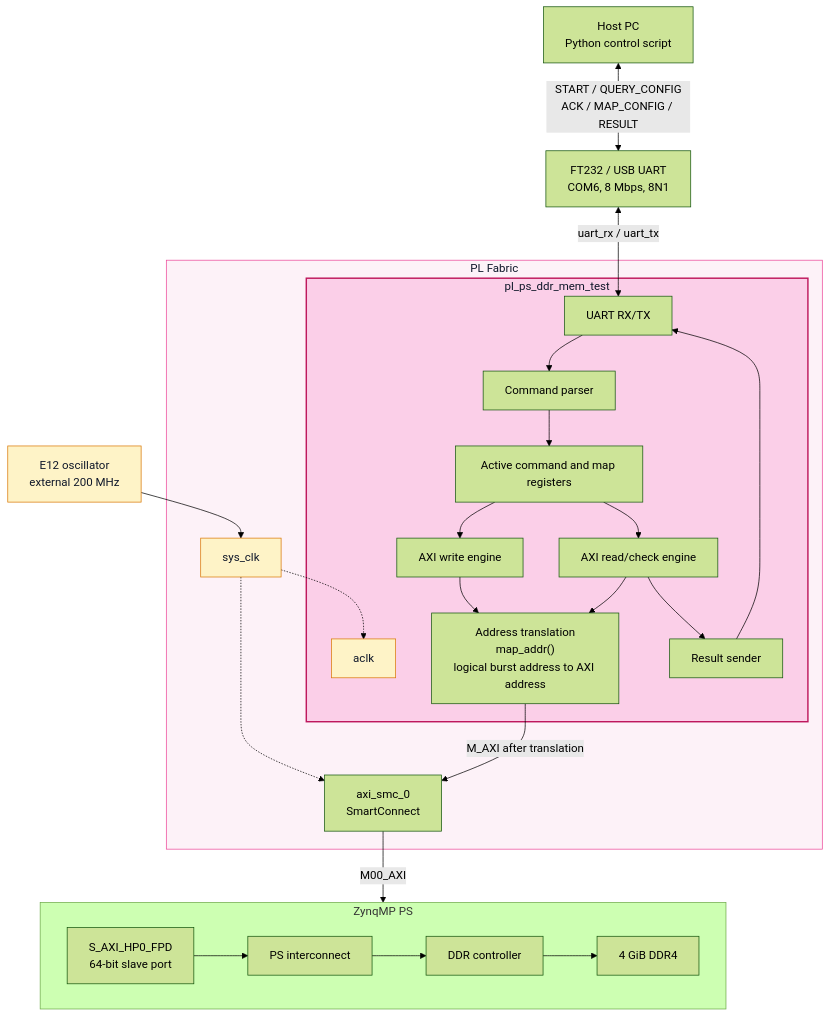
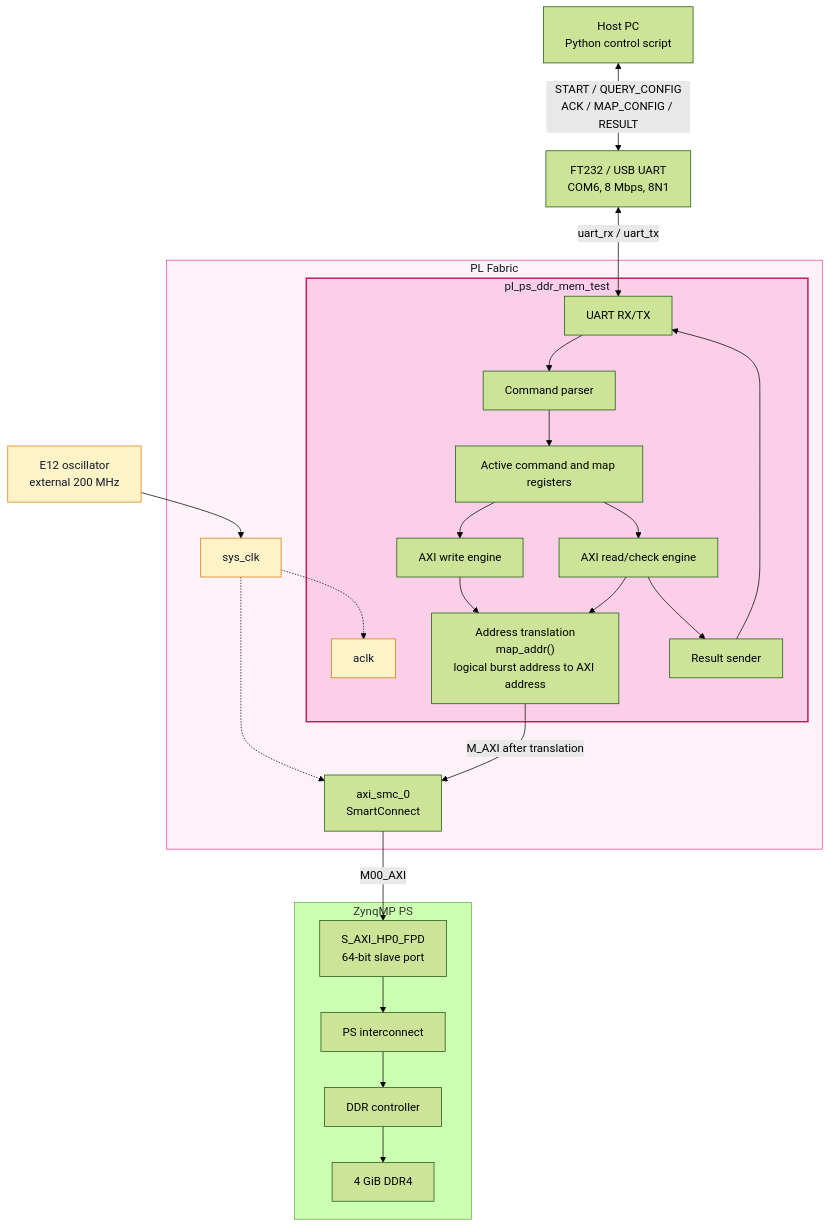
One commit to RESBI/ZU4EV-PL-to-PS-DDR-TEST changed the second of 9 diagrams in README.md. Above: the diagram before and after it, drawn with Mermaid (forest theme).

````diff
--- a/README.md
+++ b/README.md
@@ -333,56 +333,55 @@
 ```mermaid
 flowchart TB
     Host["Host PC<br/>Python control script"]
     Usb["FT232 / USB UART<br/>COM6, 8 Mbps, 8N1"]
     Clk["E12 oscillator<br/>external 200 MHz"]
 
     Host <-->|START / QUERY_CONFIG<br/>ACK / MAP_CONFIG / RESULT| Usb
     Clk --> SysClk
 
     subgraph PL["PL Fabric"]
         SysClk["sys_clk"]
 
         subgraph Tester["pl_ps_ddr_mem_test"]
             Aclk["aclk"]
             Uart["UART RX/TX"]
             Parser["Command parser"]
             Active["Active command and map registers"]
             Write["AXI write engine"]
             Read["AXI read/check engine"]
             Map["Address translation<br/>map_addr()<br/>logical burst address to AXI address"]
             Result["Result sender"]
 
             Uart --> Parser
             Parser --> Active
             Active --> Write
             Write --> Map
             Active --> Read
             Read --> Map
             Read --> Result
             Result --> Uart
         end
 
         SysClk -.-> Aclk
         SysClk -.-> Smc["axi_smc_0<br/>SmartConnect"]
         Map -->|M_AXI after translation| Smc
     end
 
     Usb <-->|uart_rx / uart_tx| Uart
 
     subgraph PS["ZynqMP PS"]
-        direction LR
         HpPort["S_AXI_HP0_FPD<br/>64-bit slave port"]
         HpPort --> Interconnect["PS interconnect"]
         Interconnect --> DdrCtrl["DDR controller"]
         DdrCtrl --> Ddr["4 GiB DDR4"]
     end
 
     Smc -->|M00_AXI| HpPort
 
     classDef fabric fill:#fdf2f8,stroke:#ec4899,stroke-width:1px,color:#0f172a
     classDef tester fill:#fbcfe8,stroke:#be185d,stroke-width:2px,color:#0f172a
     classDef clock fill:#fef3c7,stroke:#d97706,stroke-width:1px,color:#0f172a
     class PL fabric
     class Tester tester
     class Clk,SysClk,Aclk clock
 ```
````
